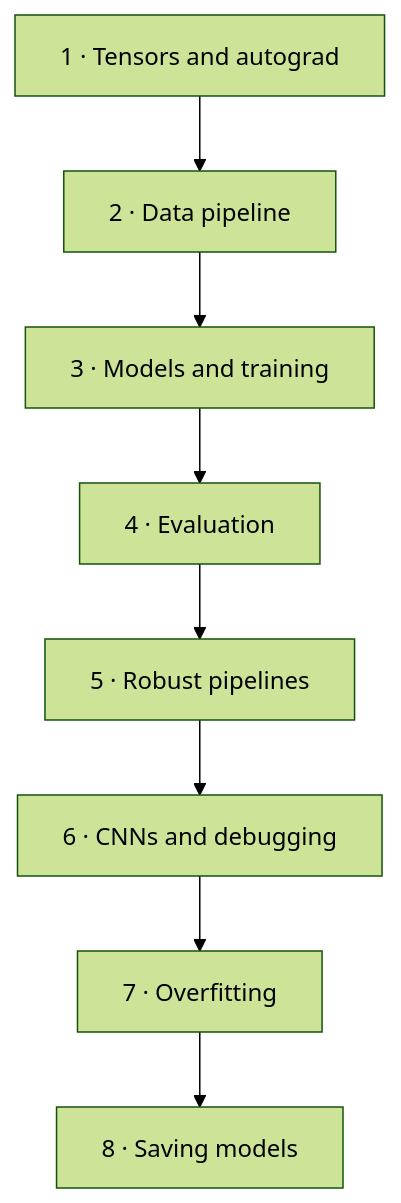
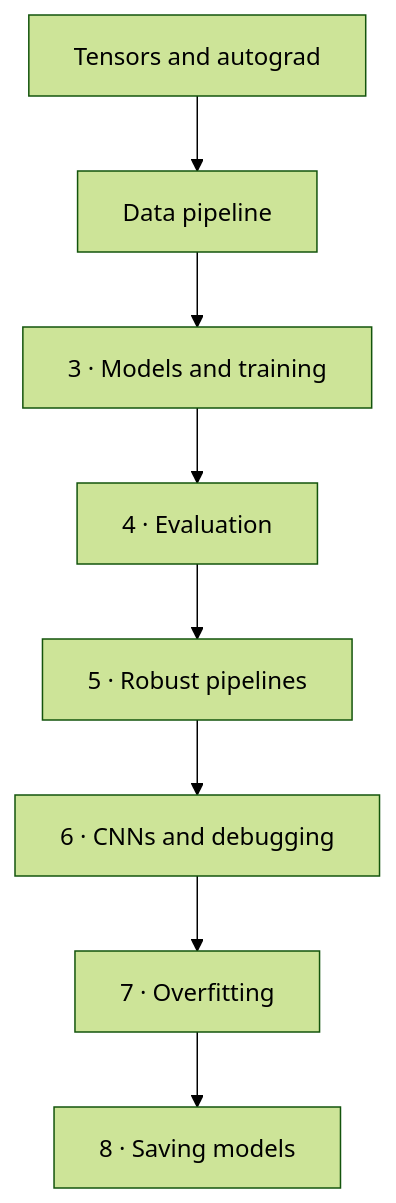
The diagram in docs/courses/fundamentals/index.md (danielmza-web/pytorch-learning-hub), drawn with Mermaid (forest theme) before and after one commit. The commit also changed other lines of this file and 20 other files, not shown here.

````diff
--- a/docs/courses/fundamentals/index.md
+++ b/docs/courses/fundamentals/index.md
@@ -25,10 +25,10 @@
 ```mermaid
 flowchart TD
-    A["1 · Tensors and autograd"] --> B["2 · Data pipeline"]
+    A["Tensors and autograd"] --> B["Data pipeline"]
     B --> C["3 · Models and training"]
     C --> D["4 · Evaluation"]
     D --> E["5 · Robust pipelines"]
     E --> F["6 · CNNs and debugging"]
     F --> G["7 · Overfitting"]
     G --> H["8 · Saving models"]
 ```
````
